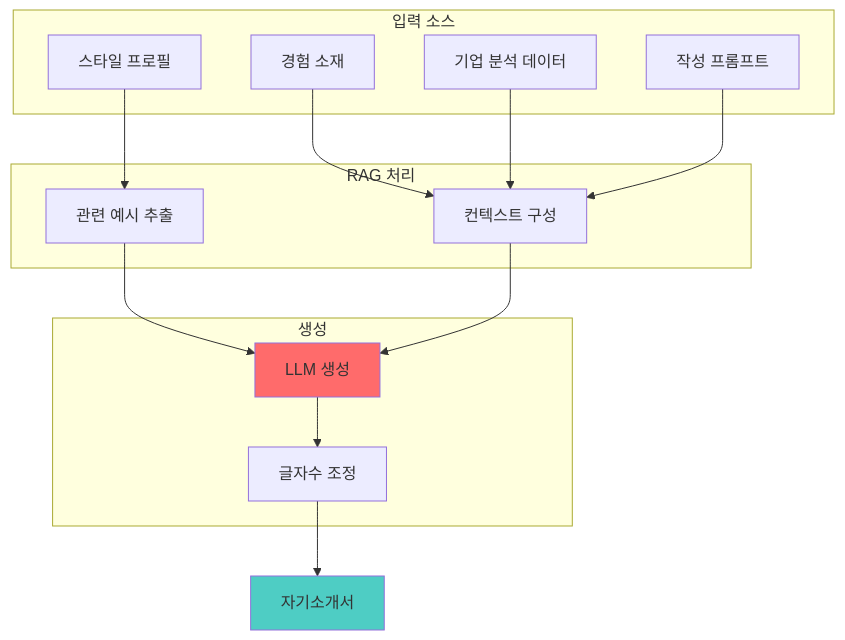
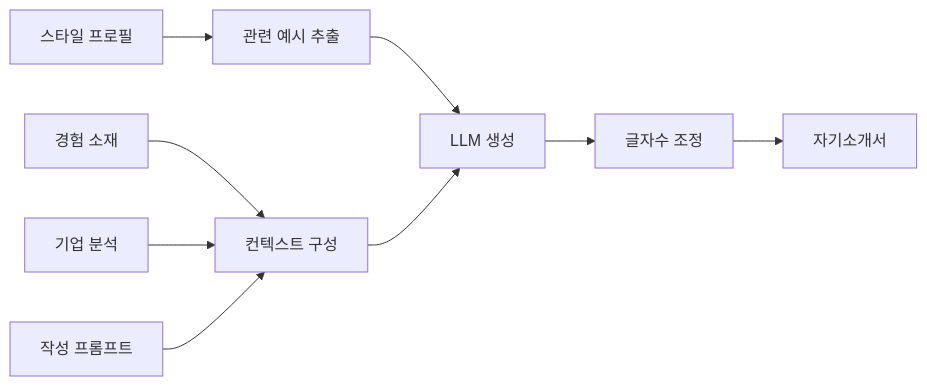
Before and after one commit to chip-cookie/ME: the second of 4 diagrams in README.md, drawn with Mermaid. The commit also changed other lines of this file, not shown here.

````diff
--- a/README.md
+++ b/README.md
@@ -61,31 +50,11 @@
 ```mermaid
-flowchart TB
-    subgraph Inputs["입력 소스"]
-        A[스타일 프로필]
-        B[경험 소재]
-        C[기업 분석 데이터]
-        D[작성 프롬프트]
-    end
-    
-    subgraph RAG["RAG 처리"]
-        E[관련 예시 추출]
-        F[컨텍스트 구성]
-    end
-    
-    subgraph Generation["생성"]
-        G[LLM 생성]
-        H[글자수 조정]
-    end
-    
-    A --> E
-    B --> F
-    C --> F
-    D --> F
-    E --> G
+flowchart LR
+    A[스타일 프로필] --> E[관련 예시 추출]
+    B[경험 소재] --> F[컨텍스트 구성]
+    C[기업 분석] --> F
+    D[작성 프롬프트] --> F
+    E --> G[LLM 생성]
     F --> G
-    G --> H
+    G --> H[글자수 조정]
     H --> I[자기소개서]
-    
-    style G fill:#FF6B6B
-    style I fill:#4ECDC4
 ```
````
